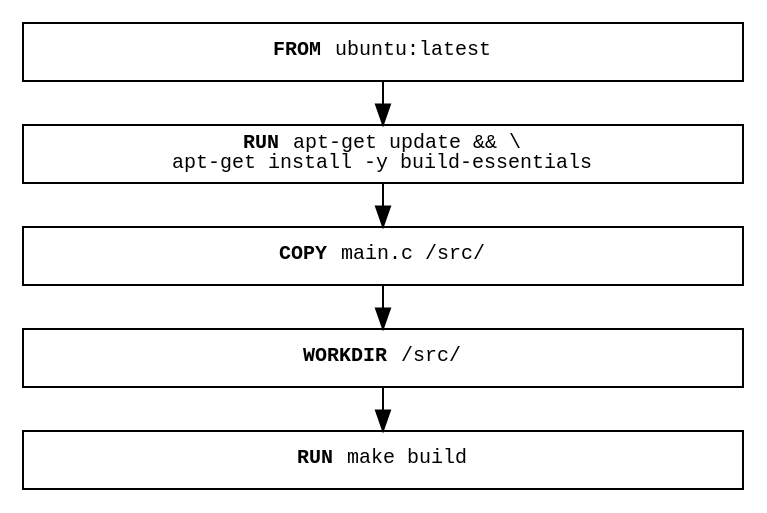
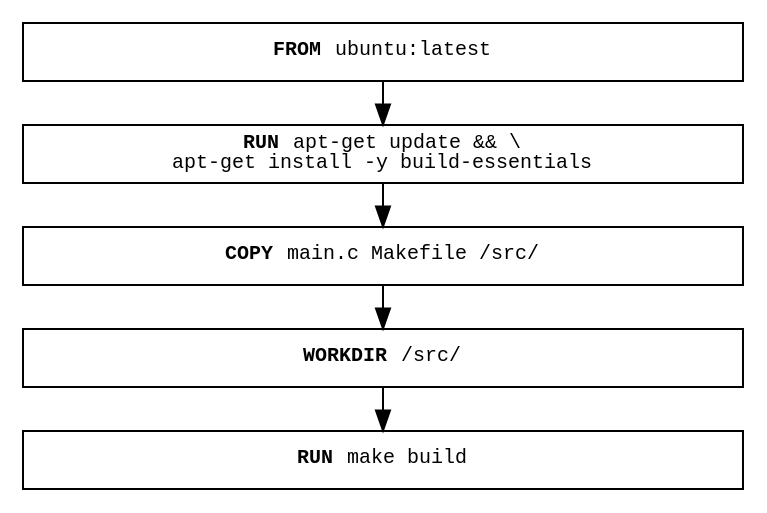
One commit to khs1994-website/docker-docs.us-en changed the diagram in build/images/cache-stack.dot. Above: the diagram before and after it, drawn with Graphviz. The commit also changed 32 other files, not shown here.

```diff
--- a/build/images/cache-stack.dot
+++ b/build/images/cache-stack.dot
@@ -1,19 +1,19 @@
 // dot -Tsvg ./cache-stack.dot > ./cache-stack.svg
 digraph {
   rankdir="LR";
   nodesep=0.3;
   edge[minlen=0];
   bgcolor="#00000000";
   node [ shape=rect, width=5, height=0.4, fontname=monospace, fontsize=10 ];
 
   from [ label = <<B>FROM </B>ubuntu:latest> ];
   deps [ label = <<B>RUN </B>apt-get update &amp;&amp; \\<br/>apt-get install -y build-essentials> ];
-  copy [ label = <<B>COPY </B>main.c /src/> ];
+  copy [ label = <<B>COPY </B>main.c Makefile /src/> ];
   workdir [ label = <<B>WORKDIR </B>/src/> ];
   build [ label = <<B>RUN </B>make build> ];
   
   from -> deps;
   deps -> copy;
   copy -> workdir;
   workdir -> build;
 }
```
